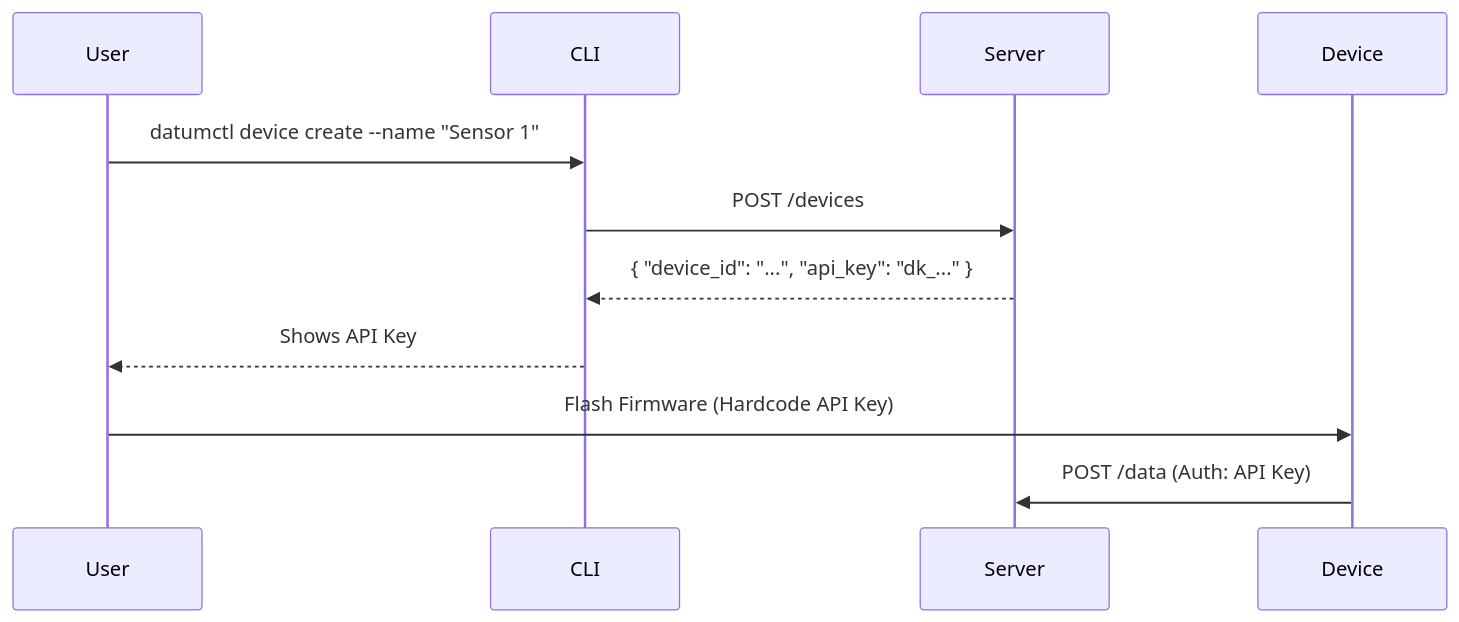
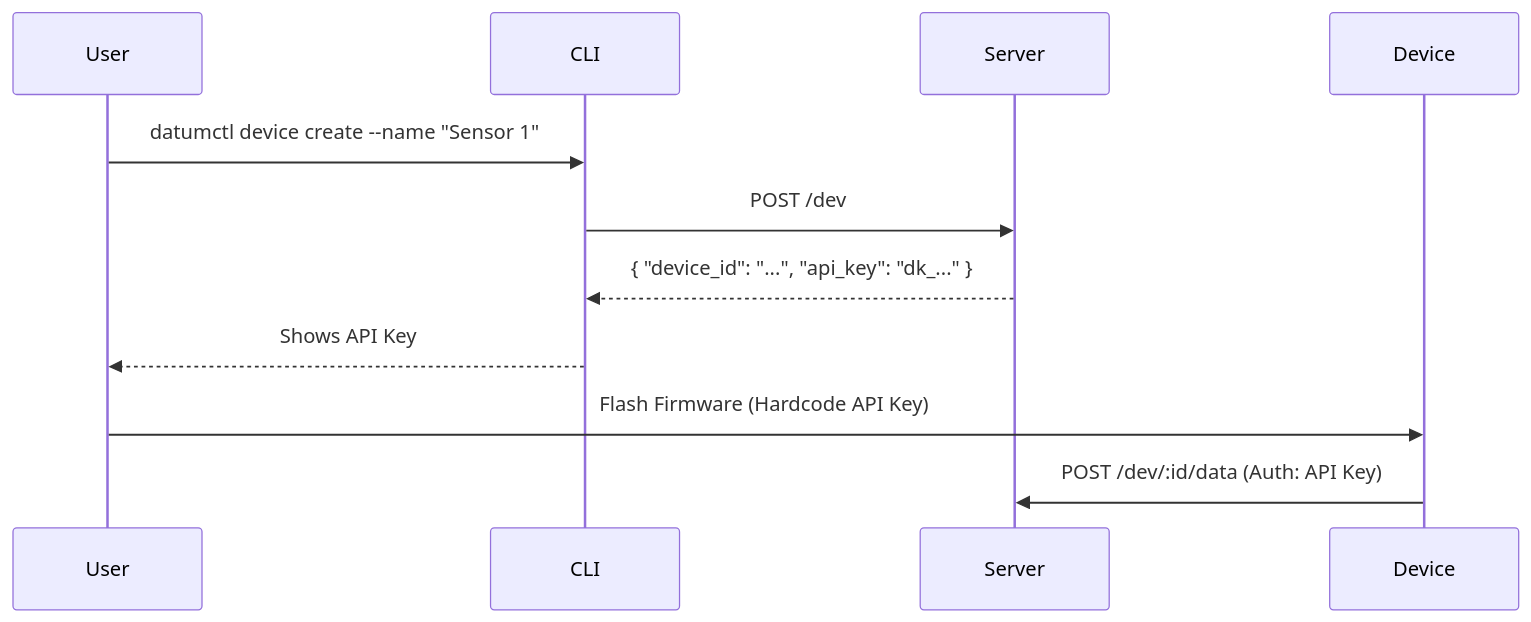
The first of 3 diagrams in docs/guides/REGISTRATION.md (tevfik/datum-server), drawn with Mermaid before and after one commit. The commit also changed other lines of this file and 61 other files, not shown here.

````diff
--- a/docs/guides/REGISTRATION.md
+++ b/docs/guides/REGISTRATION.md
@@ -148,14 +148,14 @@
 ```mermaid
 sequenceDiagram
     participant User
     participant CLI
     participant Server
     participant Device
 
     User->>CLI: datumctl device create --name "Sensor 1"
-    CLI->>Server: POST /devices
+    CLI->>Server: POST /dev
     Server-->>CLI: { "device_id": "...", "api_key": "dk_..." }
     CLI-->>User: Shows API Key
     User->>Device: Flash Firmware (Hardcode API Key)
-    Device->>Server: POST /data (Auth: API Key)
+    Device->>Server: POST /dev/:id/data (Auth: API Key)
 ```
````
